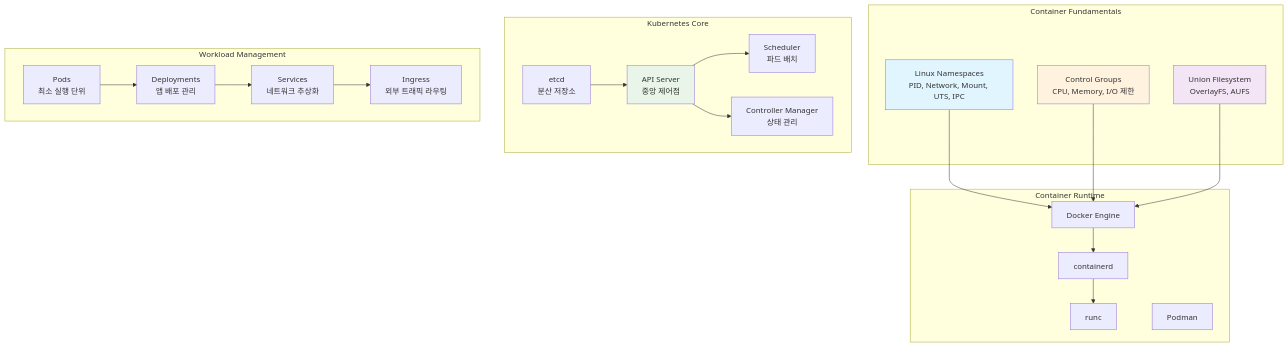
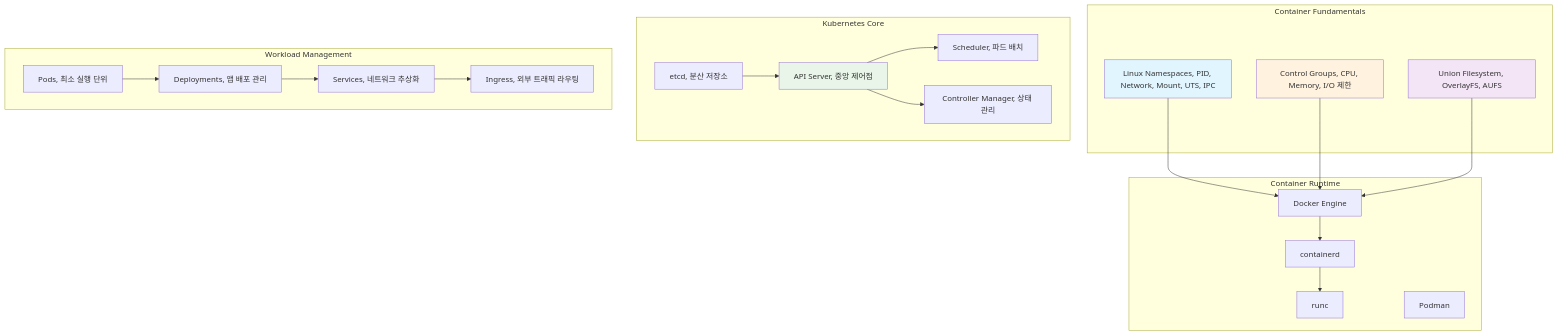
Before and after one commit to choru-k/choru-wiki: the diagram in docs/cs/guide/chapter-12-container-kubernetes/index.md, drawn with Mermaid. The commit also changed 3 other files, not shown here.

````diff
--- a/docs/cs/guide/chapter-12-container-kubernetes/index.md
+++ b/docs/cs/guide/chapter-12-container-kubernetes/index.md
@@ -160,49 +160,49 @@
 ```mermaid
 graph TD
     subgraph "Container Fundamentals"
-        N[Linux Namespaces<br/>PID, Network, Mount, UTS, IPC]
-        C[Control Groups<br/>CPU, Memory, I/O 제한]
-        U[Union Filesystem<br/>OverlayFS, AUFS]
+        N[Linux Namespaces, PID, Network, Mount, UTS, IPC]
+        C[Control Groups, CPU, Memory, I/O 제한]
+        U[Union Filesystem, OverlayFS, AUFS]
     end
     
     subgraph "Container Runtime"
         D[Docker Engine]
         CT[containerd] 
         R[runc]
         P[Podman]
     end
     
     subgraph "Kubernetes Core"
-        AP[API Server<br/>중앙 제어점]
-        ET[etcd<br/>분산 저장소]
-        SC[Scheduler<br/>파드 배치]
-        CM[Controller Manager<br/>상태 관리]
+        AP[API Server, 중앙 제어점]
+        ET[etcd, 분산 저장소]
+        SC[Scheduler, 파드 배치]
+        CM[Controller Manager, 상태 관리]
     end
     
     subgraph "Workload Management"  
-        PO[Pods<br/>최소 실행 단위]
-        DP[Deployments<br/>앱 배포 관리]
-        SV[Services<br/>네트워크 추상화]
-        IN[Ingress<br/>외부 트래픽 라우팅]
+        PO[Pods, 최소 실행 단위]
+        DP[Deployments, 앱 배포 관리]
+        SV[Services, 네트워크 추상화]
+        IN[Ingress, 외부 트래픽 라우팅]
     end
     
     N --> D
     C --> D
     U --> D
     
     D --> CT
     CT --> R
     
     AP --> SC
     AP --> CM
     ET --> AP
     
     PO --> DP
     DP --> SV
     SV --> IN
     
     style N fill:#e1f5fe
     style C fill:#fff3e0
     style U fill:#f3e5f5
     style AP fill:#e8f5e8
 ```
````
